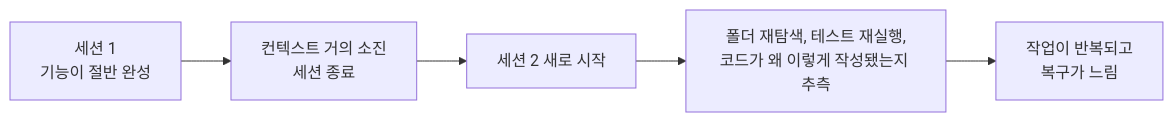
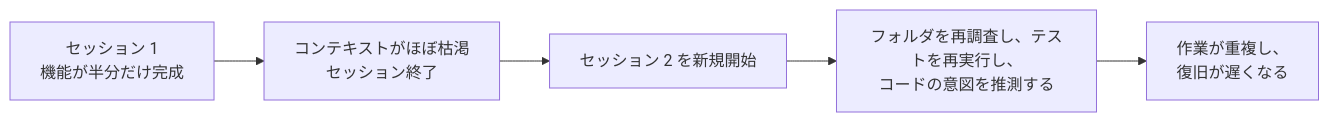
The first of 2 diagrams in docs/ko/lectures/lecture-05-why-long-running-tasks-lose-continuity/index.md (mkusaka/learn-harness-engineering), drawn with Mermaid before and after one commit. The commit also changed other lines of this file and 571 other files, not shown here.

````diff
--- a/docs/ko/lectures/lecture-05-why-long-running-tasks-lose-continuity/index.md
+++ b/docs/ko/lectures/lecture-05-why-long-running-tasks-lose-continuity/index.md
@@ -26,7 +26,7 @@
 ```mermaid
 flowchart LR
-    S1["세션 1<br/>기능이 절반 완성"] --> End1["컨텍스트 거의 소진<br/>세션 종료"]
-    End1 --> S2["세션 2 새로 시작"]
-    S2 --> Guess["폴더 재탐색, 테스트 재실행,<br/>코드가 왜 이렇게 작성됐는지 추측"]
-    Guess --> Drift["작업이 반복되고<br/>복구가 느림"]
+    S1["セッション 1<br/>機能が半分だけ完成"] --> End1["コンテキストがほぼ枯渇<br/>セッション終了"]
+    End1 --> S2["セッション 2 を新規開始"]
+    S2 --> Guess["フォルダを再調査し、テストを再実行し、<br/>コードの意図を推測する"]
+    Guess --> Drift["作業が重複し、<br/>復旧が遅くなる"]
 ```
````
